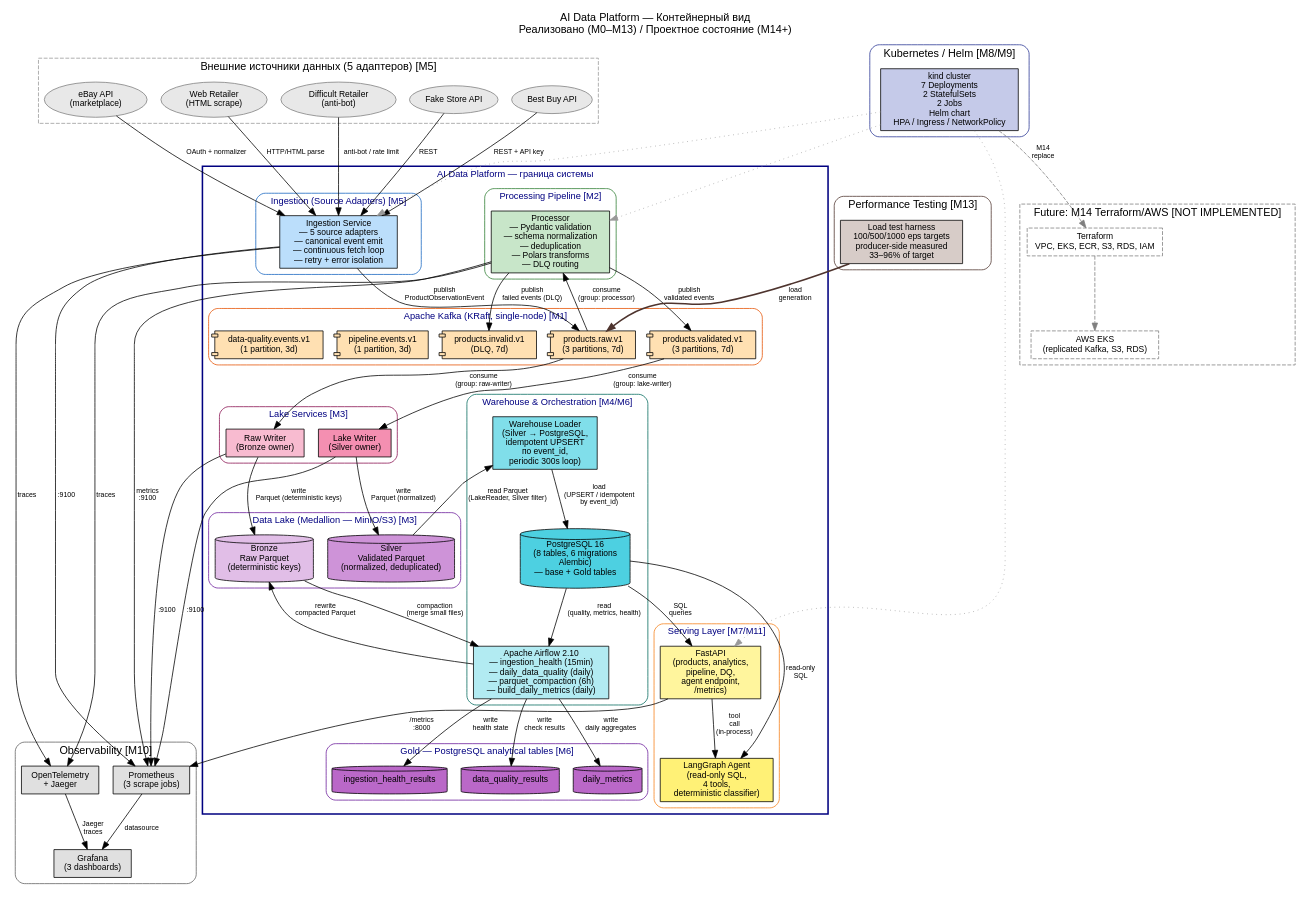
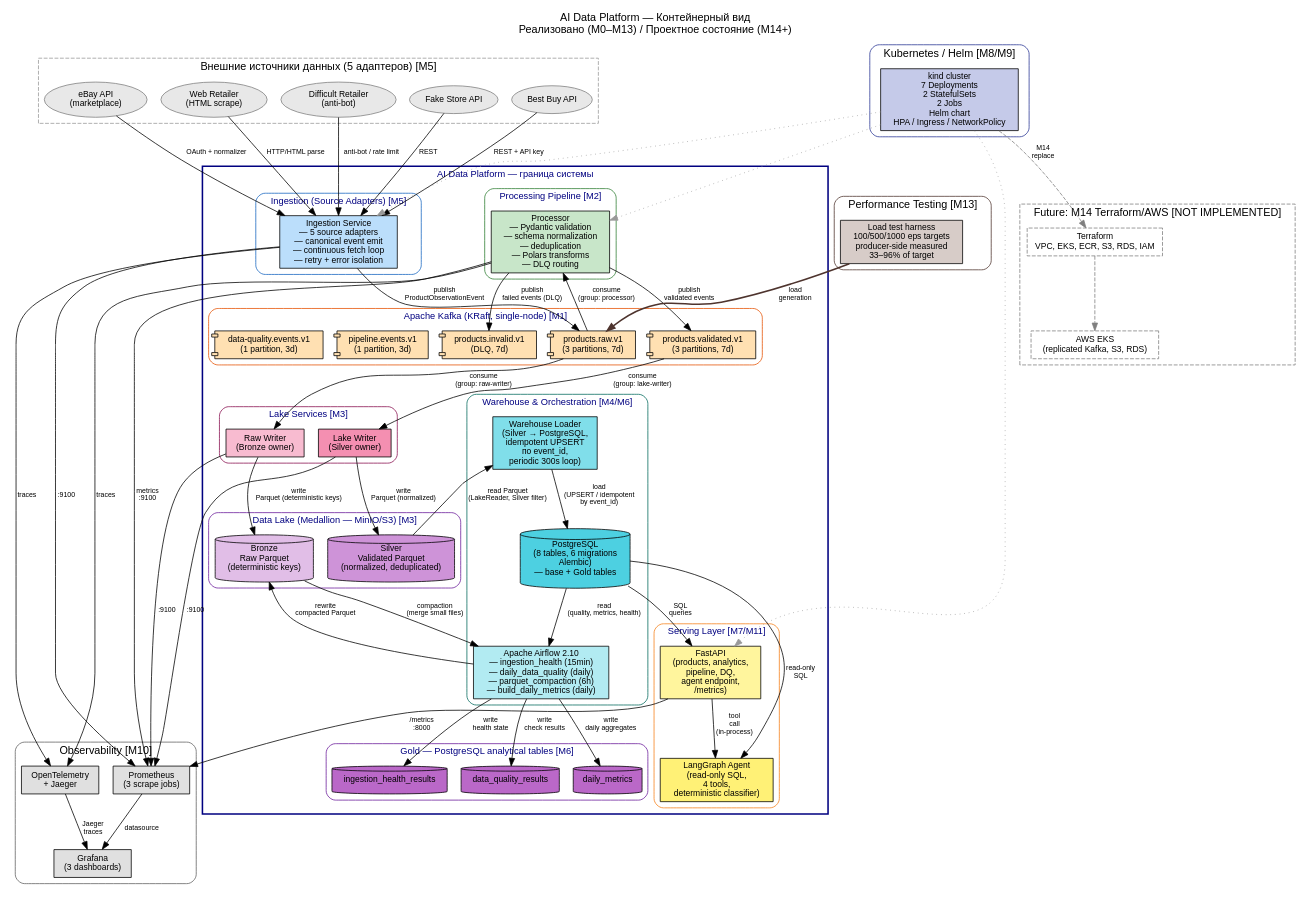
The diagram in docs/architecture-communication/container-view.dot (igorsavinkin/agentic-data-engineering-platform), drawn with Graphviz before and after one commit. The commit also changed 5 other files, not shown here.

```diff
--- a/docs/architecture-communication/container-view.dot
+++ b/docs/architecture-communication/container-view.dot
@@ -124,7 +124,7 @@
 
             airflow  [label="Apache Airflow 2.10\n— ingestion_health (15min)\n— daily_data_quality (daily)\n— parquet_compaction (6h)\n— build_daily_metrics (daily)", shape=box, fillcolor="#B2EBF2"]
             wh_loader [label="Warehouse Loader\n(Silver → PostgreSQL,\nidempotent UPSERT\nпо event_id,\nperiodic 300s loop)", shape=box, fillcolor="#80DEEA"]
-            pg       [label="PostgreSQL 16\n(8 tables, 6 migrations\nAlembic)\n— base + Gold tables", shape=cylinder, fillcolor="#4DD0E1"]
+            pg       [label="PostgreSQL\n(8 tables, 6 migrations\nAlembic)\n— base + Gold tables", shape=cylinder, fillcolor="#4DD0E1"]
         }
 
         // --- Serving ---
```
